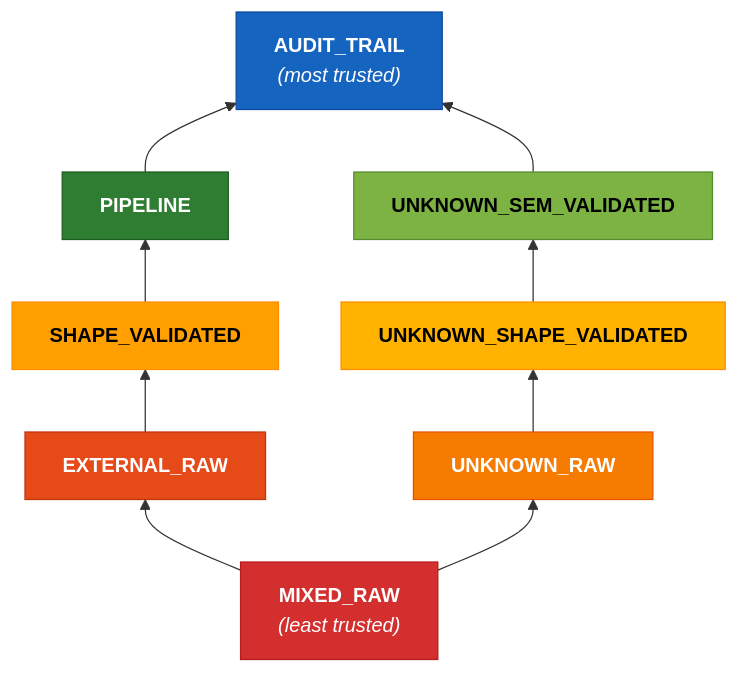
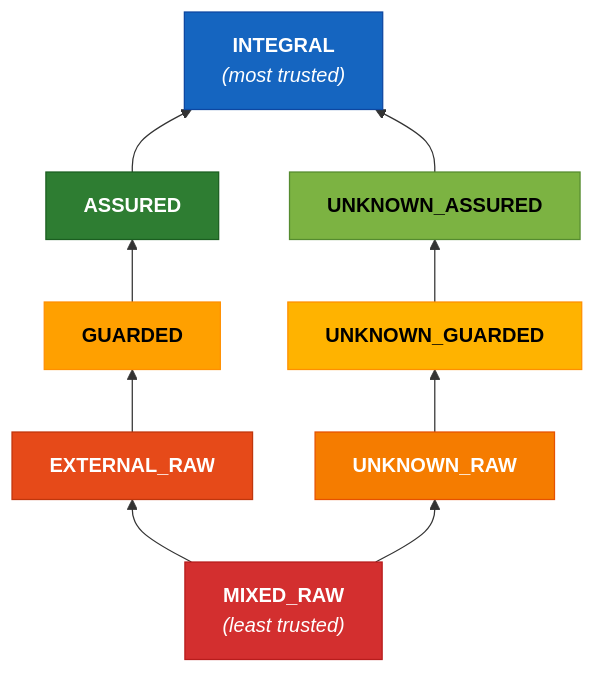
The first of 2 diagrams in docs/spec/wardline-01-05-authority-tier-enforcement-spec.md (johnm-dta/wardline), drawn with Mermaid before and after one commit. The commit also changed other lines of this file and 489 other files, not shown here.

````diff
--- a/docs/spec/wardline-01-05-authority-tier-enforcement-spec.md
+++ b/docs/spec/wardline-01-05-authority-tier-enforcement-spec.md
@@ -87,29 +87,29 @@
 ```mermaid
 graph BT
     MR["<b>MIXED_RAW</b><br/><i>(least trusted)</i>"]
     ER["<b>EXTERNAL_RAW</b>"]
     UR["<b>UNKNOWN_RAW</b>"]
-    SV["<b>SHAPE_VALIDATED</b>"]
-    USV["<b>UNKNOWN_SHAPE_VALIDATED</b>"]
-    USemV["<b>UNKNOWN_SEM_VALIDATED</b>"]
-    PL["<b>PIPELINE</b>"]
-    AT["<b>AUDIT_TRAIL</b><br/><i>(most trusted)</i>"]
+    SV["<b>GUARDED</b>"]
+    USV["<b>UNKNOWN_GUARDED</b>"]
+    USemV["<b>UNKNOWN_ASSURED</b>"]
+    PL["<b>ASSURED</b>"]
+    AT["<b>INTEGRAL</b><br/><i>(most trusted)</i>"]
 
     MR --> ER
     MR --> UR
     ER --> SV
     UR --> USV
     SV --> PL
     USV --> USemV
     PL --> AT
     USemV --> AT
 
     style MR fill:#D32F2F,color:#fff,stroke:#B71C1C
     style ER fill:#E64A19,color:#fff,stroke:#BF360C
     style UR fill:#F57C00,color:#fff,stroke:#E65100
     style SV fill:#FFA000,color:#000,stroke:#FF8F00
     style USV fill:#FFB300,color:#000,stroke:#FF8F00
     style USemV fill:#7CB342,color:#000,stroke:#558B2F
     style PL fill:#2E7D32,color:#fff,stroke:#1B5E20
     style AT fill:#1565C0,color:#fff,stroke:#0D47A1
 ```
````
